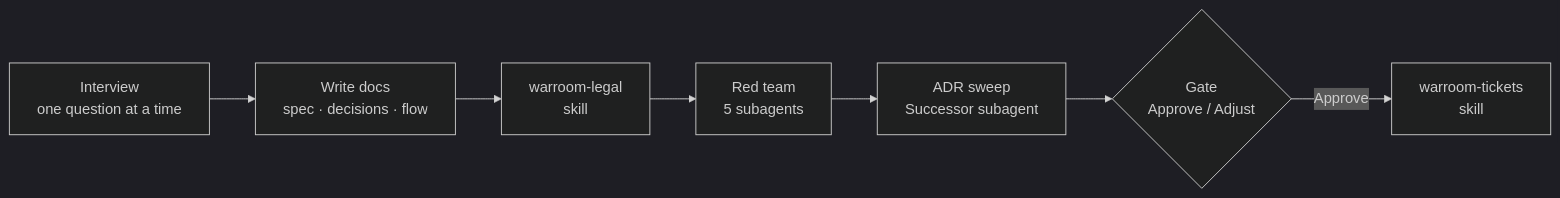
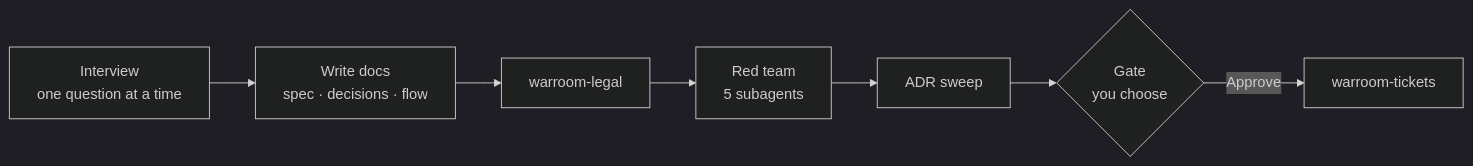
The second of 8 diagrams in docs/flow.md (mousemouse094526/kiki-kit), drawn with Mermaid (dark theme) before and after one commit. The commit also changed other lines of this file and 1 other file, not shown here.

Commit message:
docs(flow): per-skill flows with steps, glossary, and what you type

````diff
--- a/docs/flow.md
+++ b/docs/flow.md
@@ -44,13 +83,13 @@
 ```mermaid
 flowchart LR
     I["Interview<br/>one question at a time"]
     DOC["Write docs<br/>spec · decisions · flow"]
-    LG["warroom-legal<br/>skill"]
+    LG["warroom-legal"]
     RT["Red team<br/>5 subagents"]
-    S["ADR sweep<br/>Successor subagent"]
-    G{"Gate<br/>Approve / Adjust"}
-    TK["warroom-tickets<br/>skill"]
+    S["ADR sweep"]
+    G{"Gate<br/>you choose"}
+    TK["warroom-tickets"]
 
     I --> DOC --> LG --> RT --> S --> G
     G -->|Approve| TK
 ```
````
